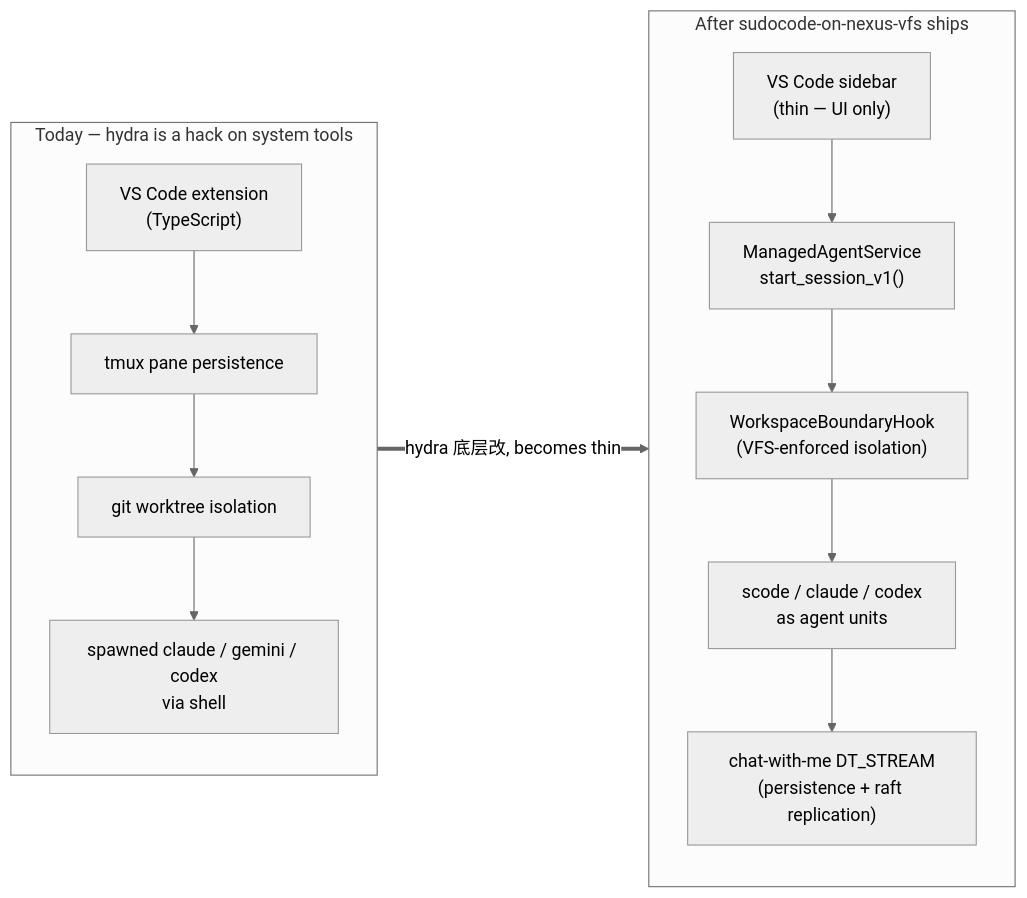
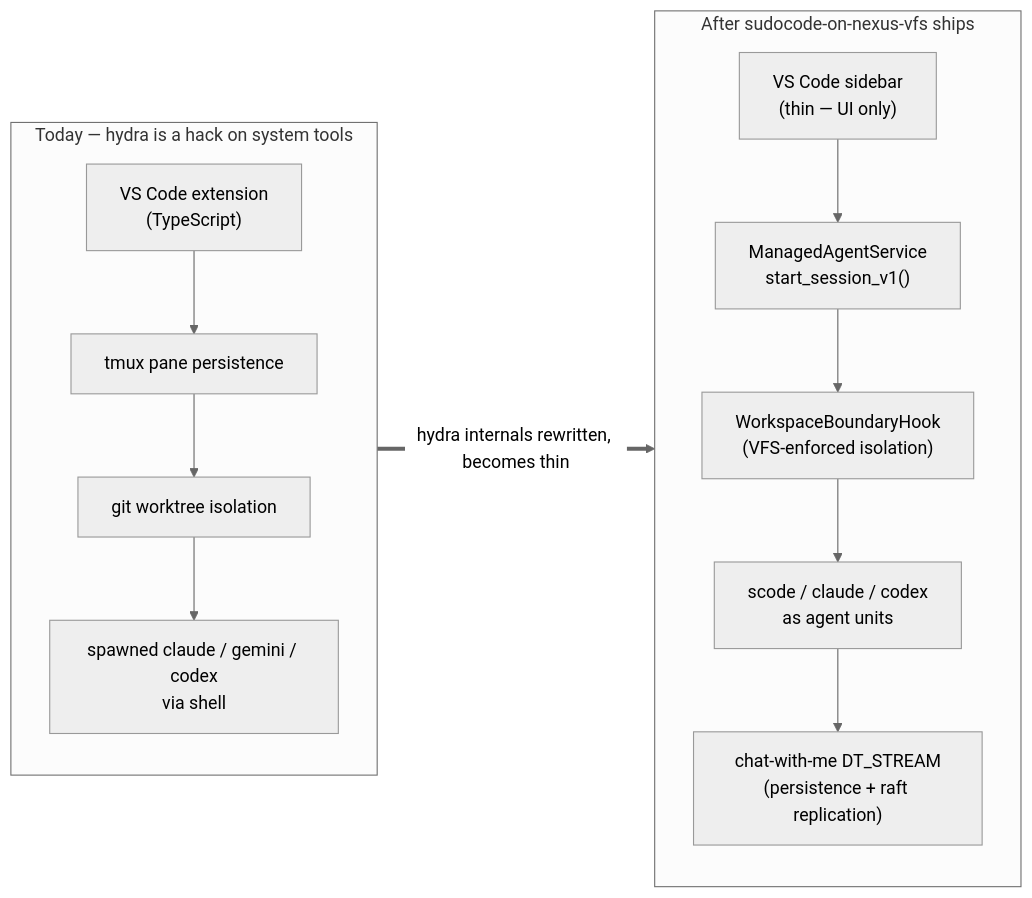
Before and after one commit to sudoprivacy/sudocode: the third of 4 diagrams in README.md, drawn with Mermaid (neutral theme).

Commit message:
docs(readme): translate remaining Chinese mermaid label to English

````diff
--- a/README.md
+++ b/README.md
@@ -203,23 +203,23 @@
 ```mermaid
 flowchart LR
     subgraph Today["Today — hydra is a hack on system tools"]
       direction TB
       T1["VS Code extension<br/>(TypeScript)"]
       T2["tmux pane persistence"]
       T3["git worktree isolation"]
       T4["spawned claude / gemini / codex<br/>via shell"]
       T1 --> T2 --> T3 --> T4
     end
 
     subgraph Future["After sudocode-on-nexus-vfs ships"]
       direction TB
       F1["VS Code sidebar<br/>(thin — UI only)"]
       F2["ManagedAgentService<br/>start_session_v1()"]
       F3["WorkspaceBoundaryHook<br/>(VFS-enforced isolation)"]
       F4["scode / claude / codex<br/>as agent units"]
       F5["chat-with-me DT_STREAM<br/>(persistence + raft replication)"]
       F1 --> F2 --> F3 --> F4 --> F5
     end
 
-    Today ==>|"hydra 底层改, becomes thin"| Future
+    Today ==>|"hydra internals rewritten, becomes thin"| Future
 ```
````
